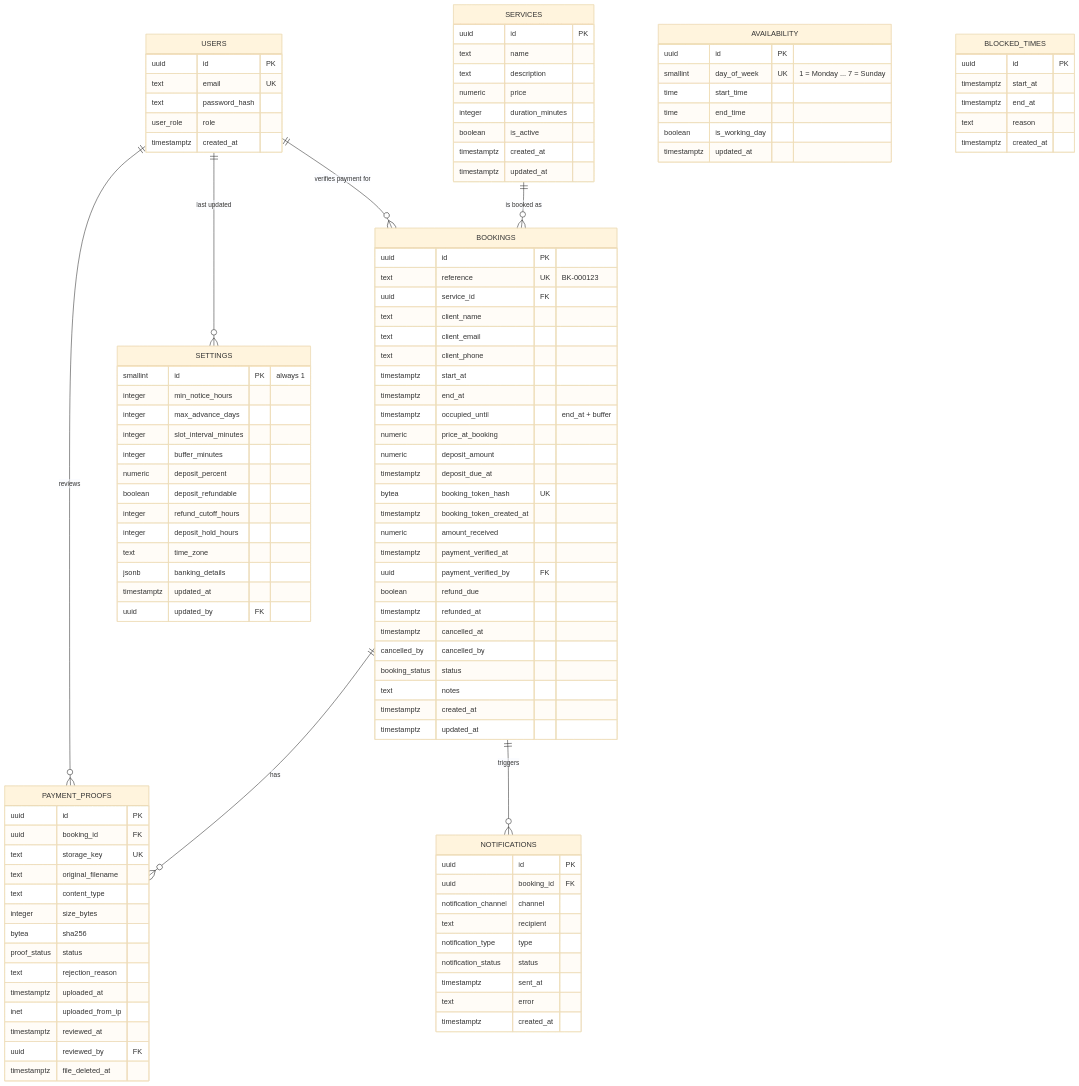
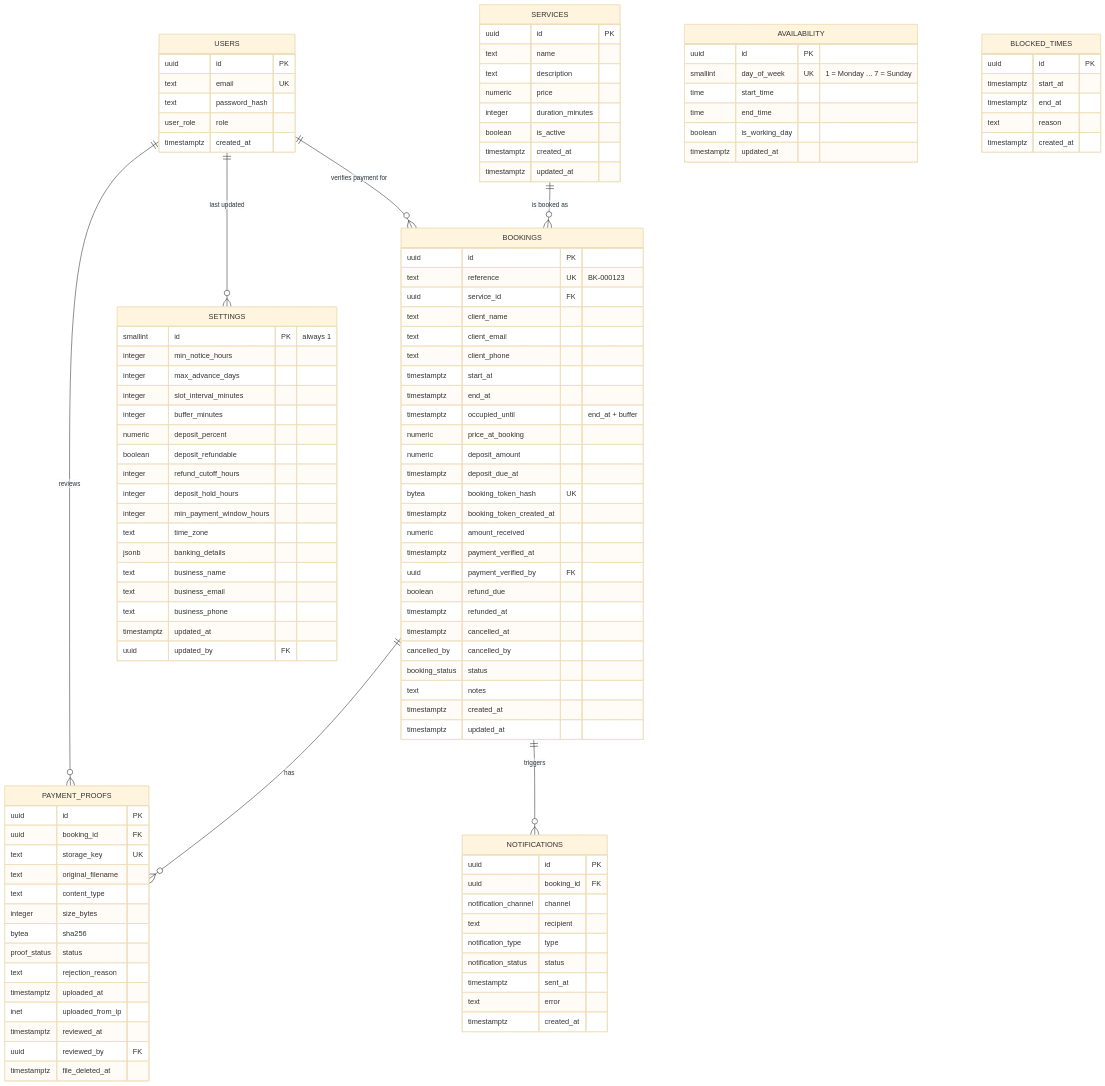
One commit to GloryMabunda/Service-Booking-Marketplace changed the diagram in docs/database.md. Above: the diagram before and after it, drawn with Mermaid (base theme). The commit also changed other lines of this file and 2 other files, not shown here.

```diff
--- a/docs/database.md
+++ b/docs/database.md
@@ -138,8 +138,12 @@
         boolean deposit_refundable
         integer refund_cutoff_hours
         integer deposit_hold_hours
+        integer min_payment_window_hours
         text time_zone
         jsonb banking_details
+        text business_name
+        text business_email
+        text business_phone
         timestamptz updated_at
         uuid updated_by FK
     }
```
